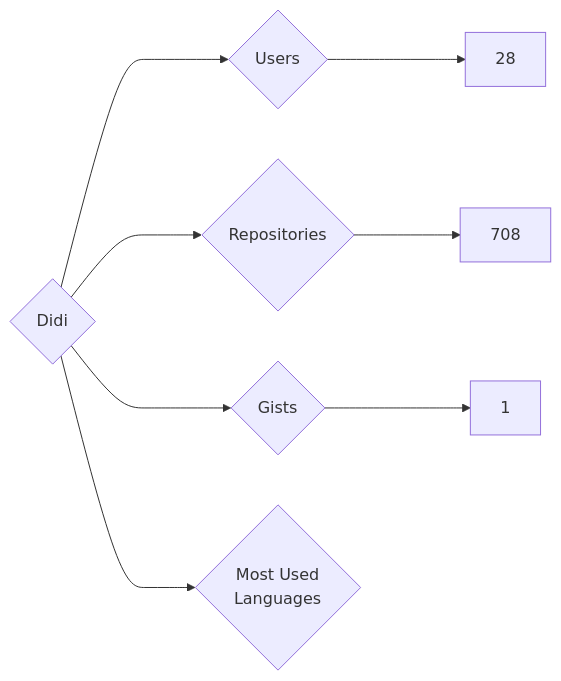
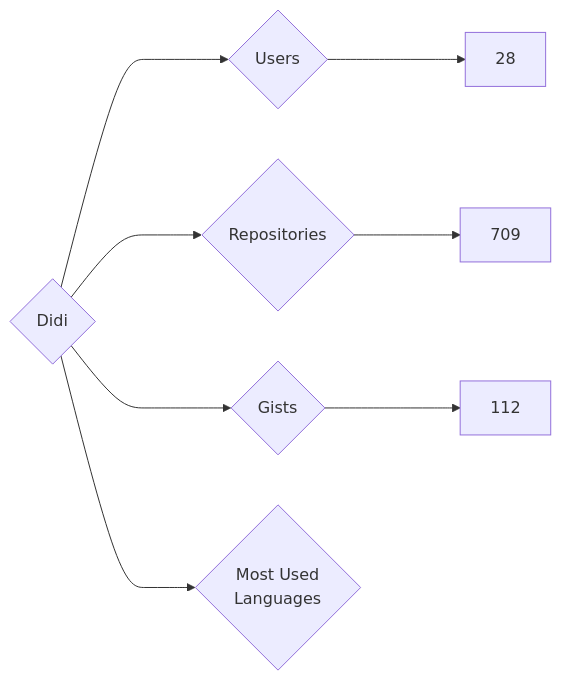
One commit to nenadzaric/insiders changed the diagram in targets/Didi/README.md. Above: the diagram before and after it, drawn with Mermaid. The commit also changed 1342 other files, not shown here.

````diff
--- a/targets/Didi/README.md
+++ b/targets/Didi/README.md
@@ -3,8 +3,8 @@
 ```mermaid
 graph LR
 COMPANY_NAME{Didi}
 COMPANY_NAME ---> U{Users} ---> UN[28]
-COMPANY_NAME ---> R{Repositories} ---> RN[708]
-COMPANY_NAME ---> G{Gists} ---> GN[1]
+COMPANY_NAME ---> R{Repositories} ---> RN[709]
+COMPANY_NAME ---> G{Gists} ---> GN[112]
 COMPANY_NAME ---> ML{Most Used<br>Languages}
 ```
````
